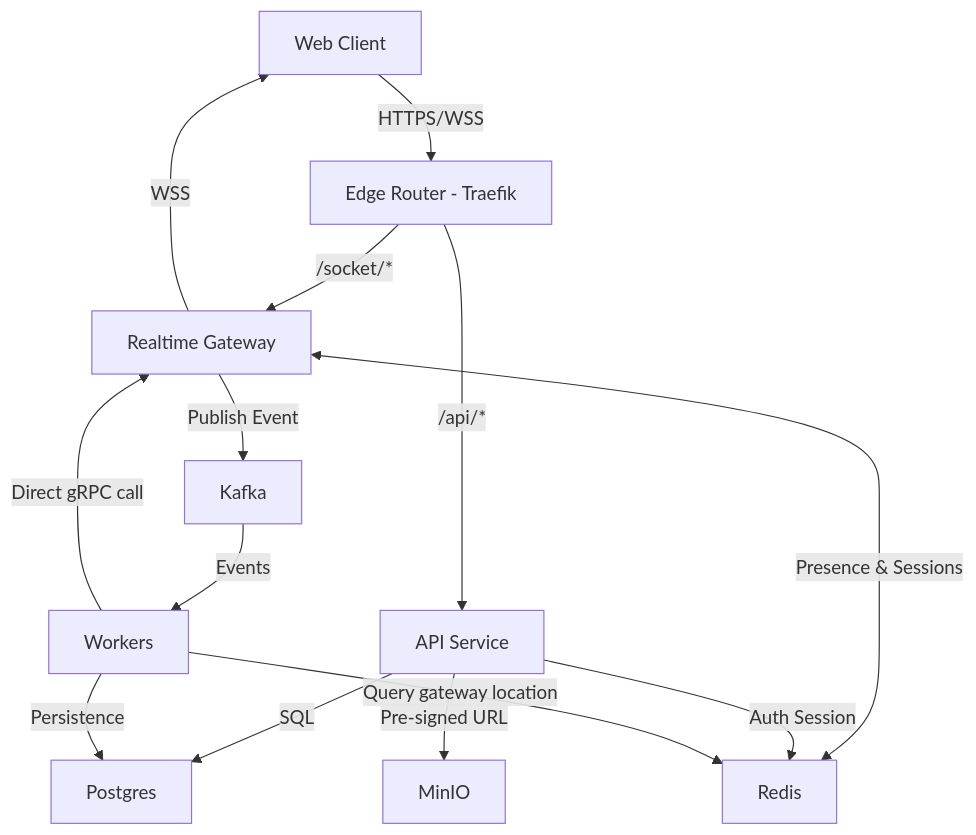
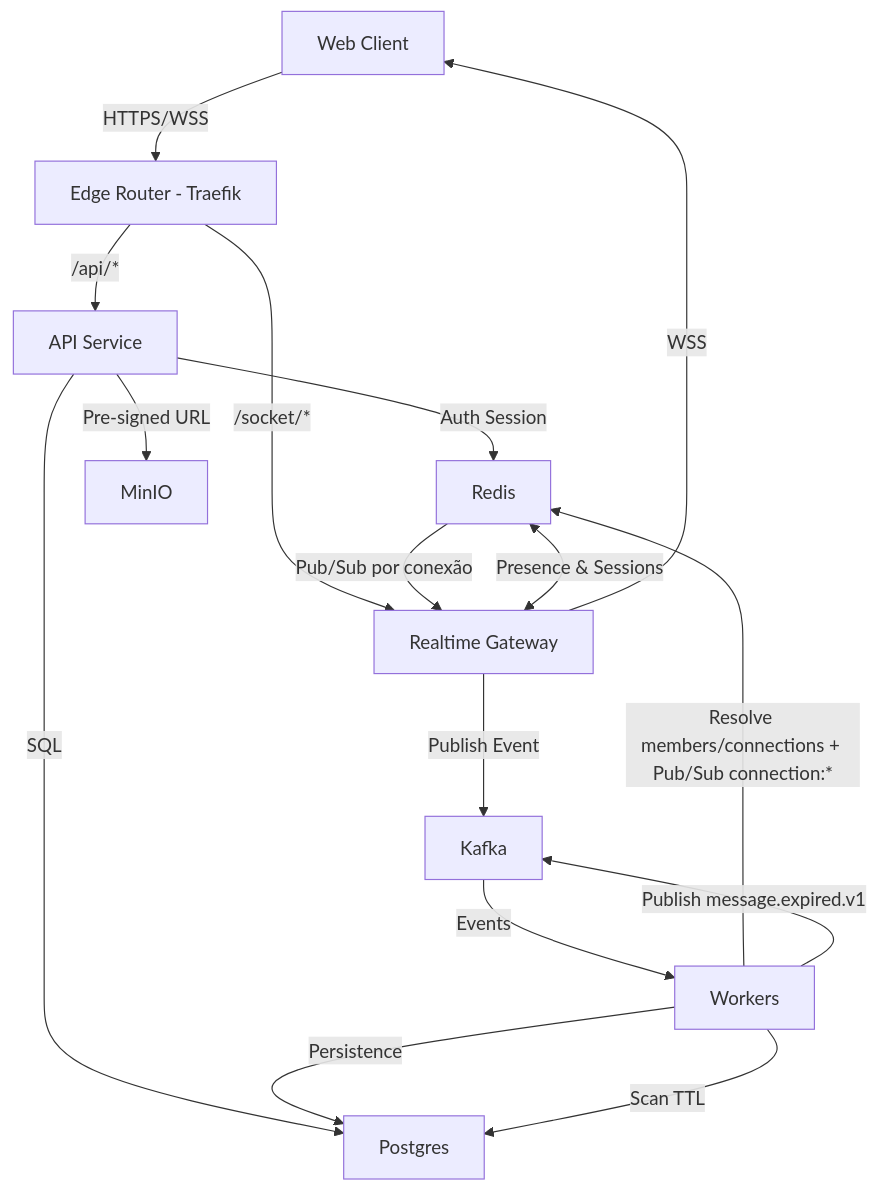
Before and after one commit to martinsdevv/SlickChat: the diagram in docs/arquitetura/markdown/arquitetura_deployment.md, drawn with Mermaid. The commit also changed other lines of this file and 8 other files, not shown here.

````diff
--- a/docs/arquitetura/markdown/arquitetura_deployment.md
+++ b/docs/arquitetura/markdown/arquitetura_deployment.md
@@ -93,30 +94,32 @@
 ```mermaid
 flowchart TD
     Client[Web Client]
     EdgeRouter[Edge Router - Traefik]
     Gateway[Realtime Gateway]
     API[API Service]
     Kafka[Kafka]
     Redis[Redis]
     Workers[Workers]
     Postgres[Postgres]
     Storage[MinIO]
 
     Client -->|HTTPS/WSS| EdgeRouter
     EdgeRouter -->|/api/*| API
     EdgeRouter -->|/socket/*| Gateway
 
     Gateway -->|Publish Event| Kafka
     Gateway <-->|Presence & Sessions| Redis
     API -->|Auth Session| Redis
     API -->|SQL| Postgres
     API -->|Pre‑signed URL| Storage
 
     Kafka -->|Events| Workers
     Workers -->|Persistence| Postgres
-    Workers -->|Query gateway location| Redis
-    Workers -->|Direct gRPC call| Gateway
+    Workers -->|Resolve members/connections + Pub/Sub connection:*| Redis
+    Redis -->|Pub/Sub por conexão| Gateway
+    Workers -->|Scan TTL| Postgres
+    Workers -->|Publish message.expired.v1| Kafka
 
     Gateway -->|WSS| Client
 
 ```
````
